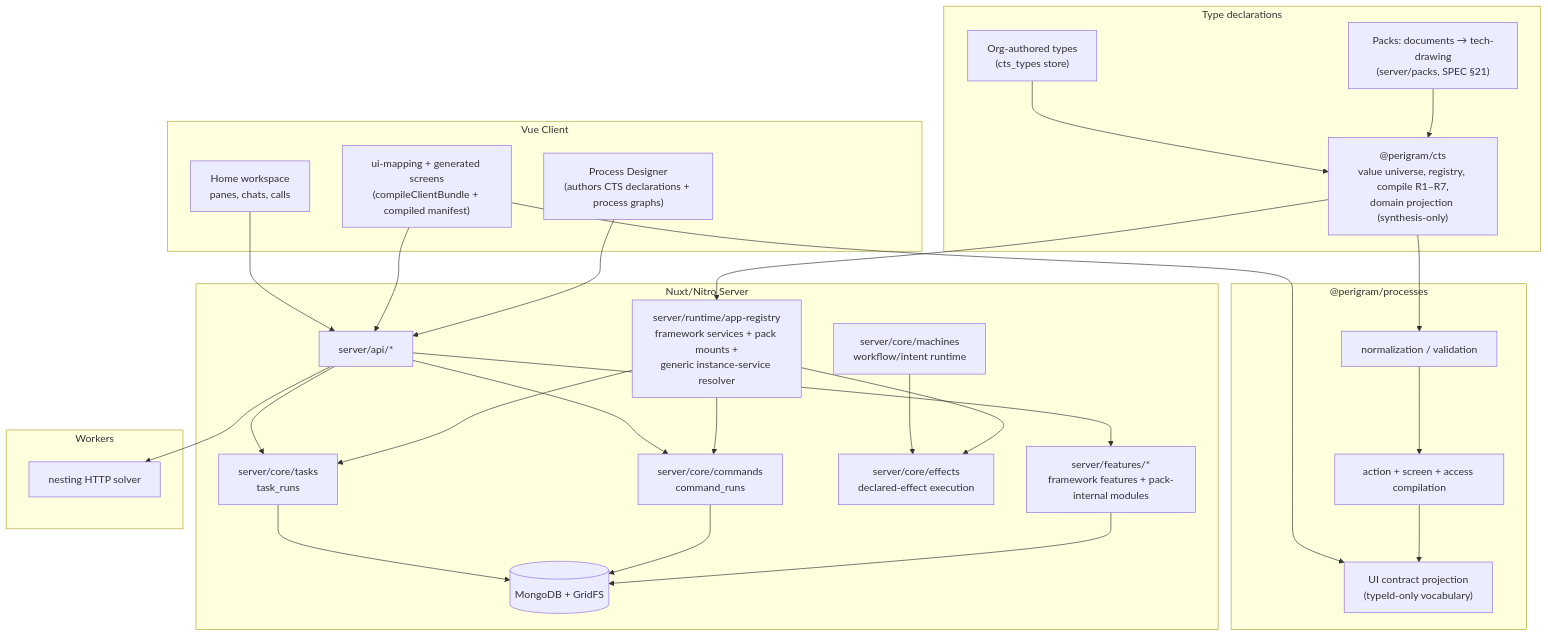
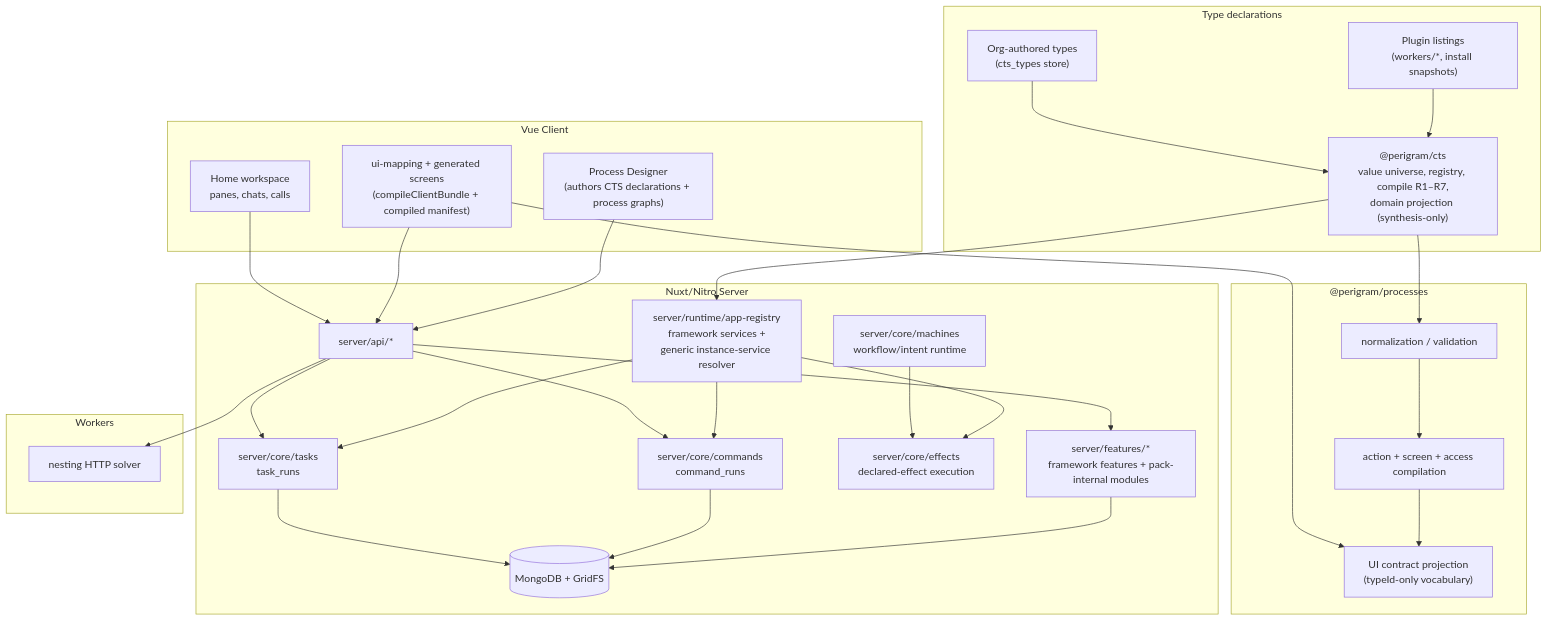
One commit to Perigram/perigram changed the first of 2 diagrams in docs/SYSTEM_ARCHITECTURE.md. Above: the diagram before and after it, drawn with Mermaid. The commit also changed other lines of this file and 12 other files, not shown here.

Commit message:
neo: pack retirement docs — SPEC transitional plane closed, CTS SPEC §21 retirement note, plugins/cts-types/architecture docs on the installs-only world, TODO slice G

````diff
--- a/docs/SYSTEM_ARCHITECTURE.md
+++ b/docs/SYSTEM_ARCHITECTURE.md
@@ -19,56 +19,56 @@
 ```mermaid
 flowchart TB
   subgraph Declarations["Type declarations"]
     Cts["@perigram/cts<br/>value universe, registry, compile R1–R7,<br/>domain projection (synthesis-only)"]
-    Packs["Packs: documents → tech-drawing<br/>(server/packs, SPEC §21)"]
+    Plugins["Plugin listings<br/>(workers/*, install snapshots)"]
     OrgTypes["Org-authored types<br/>(cts_types store)"]
   end
 
   subgraph Compiler["@perigram/processes"]
     Normalize["normalization / validation"]
     Actions["action + screen + access compilation"]
     UiContract["UI contract projection<br/>(typeId-only vocabulary)"]
   end
 
   subgraph Server["Nuxt/Nitro Server"]
-    AppRegistry["server/runtime/app-registry<br/>framework services + pack mounts +<br/>generic instance-service resolver"]
+    AppRegistry["server/runtime/app-registry<br/>framework services +<br/>generic instance-service resolver"]
     Commands["server/core/commands<br/>command_runs"]
     Tasks["server/core/tasks<br/>task_runs"]
     Effects["server/core/effects<br/>declared-effect execution"]
     Machines["server/core/machines<br/>workflow/intent runtime"]
     Features["server/features/*<br/>framework features + pack-internal modules"]
     Api["server/api/*"]
     Mongo[(MongoDB + GridFS)]
   end
 
   subgraph Frontend["Vue Client"]
     Designer["Process Designer<br/>(authors CTS declarations + process graphs)"]
     Generator["ui-mapping + generated screens<br/>(compileClientBundle + compiled manifest)"]
     Home["Home workspace<br/>panes, chats, calls"]
   end
 
   subgraph Workers["Workers"]
     NestingWorker["nesting HTTP solver"]
   end
 
-  Packs --> Cts
+  Plugins --> Cts
   OrgTypes --> Cts
   Cts --> AppRegistry
   Cts --> Normalize
   Normalize --> Actions --> UiContract
   AppRegistry --> Commands
   AppRegistry --> Tasks
   AppRegistry --> Effects
   Machines --> Effects
   Api --> Commands
   Api --> Tasks
   Api --> Features
   Features --> Mongo
   Commands --> Mongo
   Tasks --> Mongo
   Designer --> Api
   Generator --> UiContract
   Generator --> Api
   Home --> Api
   Api --> NestingWorker
 ```
````
